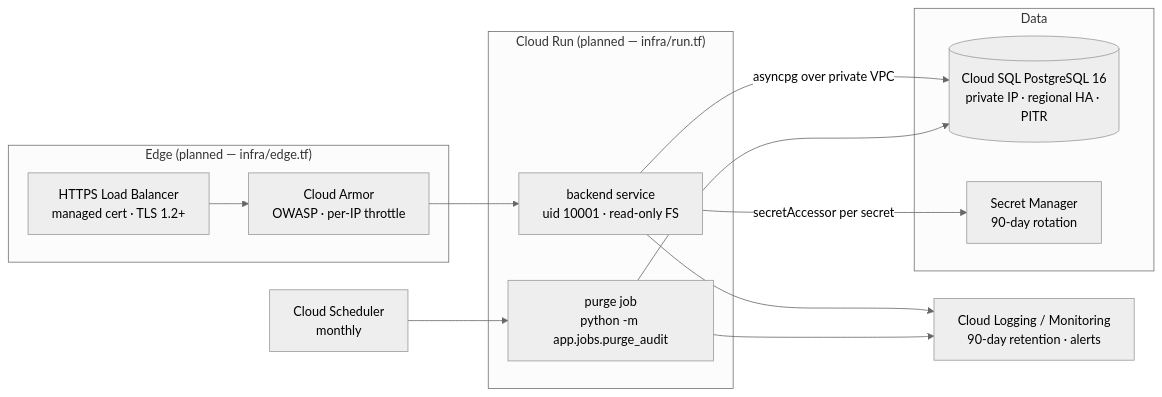
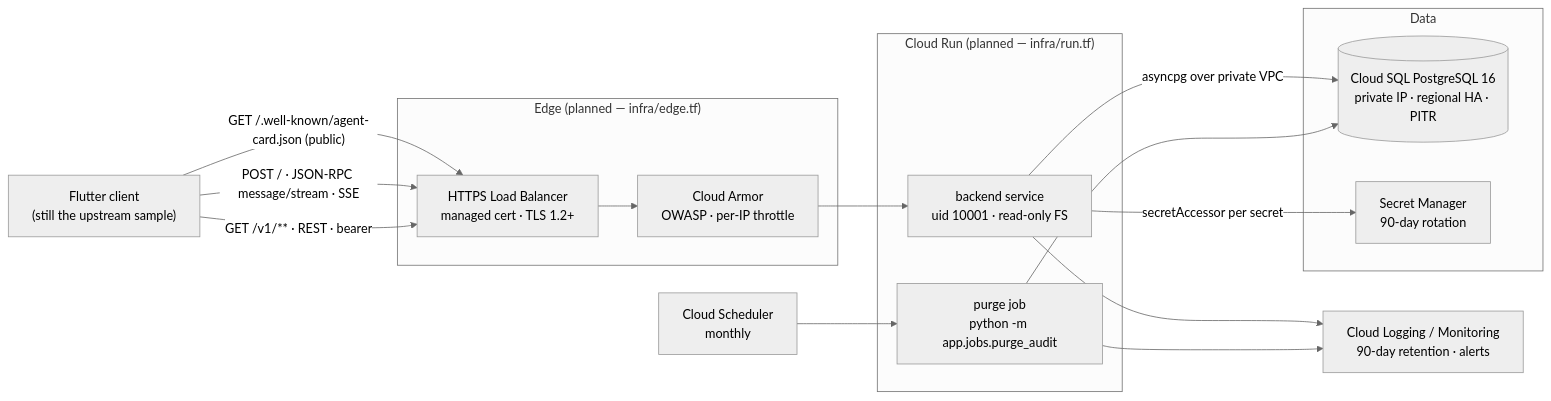
Before and after one commit to somnio-projects/finance-google-a2ui: the diagram in docs/diagrams/02-containers.md, drawn with Mermaid (neutral theme). The commit also changed 22 other files, not shown here.

````diff
--- a/docs/diagrams/02-containers.md
+++ b/docs/diagrams/02-containers.md
@@ -5,27 +5,36 @@
 ```mermaid
 flowchart LR
+    client["Flutter client<br/>(still the upstream sample)"]
     subgraph edge["Edge (planned — infra/edge.tf)"]
         lb["HTTPS Load Balancer<br/>managed cert · TLS 1.2+"]
         waf["Cloud Armor<br/>OWASP · per-IP throttle"]
     end
     subgraph run["Cloud Run (planned — infra/run.tf)"]
         svc["backend service<br/>uid 10001 · read-only FS"]
         job["purge job<br/>python -m app.jobs.purge_audit"]
     end
     subgraph data["Data"]
         sql[("Cloud SQL PostgreSQL 16<br/>private IP · regional HA · PITR")]
         sm["Secret Manager<br/>90-day rotation"]
     end
     obs["Cloud Logging / Monitoring<br/>90-day retention · alerts"]
     sched["Cloud Scheduler<br/>monthly"]
 
+    client -- "GET /.well-known/agent-card.json (public)" --> lb
+    client -- "POST / · JSON-RPC message/stream · SSE" --> lb
+    client -- "GET /v1/** · REST · bearer" --> lb
     lb --> waf --> svc
     svc -- "asyncpg over private VPC" --> sql
     svc -- "secretAccessor per secret" --> sm
     job --> sql
     sched --> job
     svc --> obs
     job --> obs
 
+    %% Two surfaces on one service (ADR-J): /v1/** is strictly RESTful and
+    %% answers RFC 9457 problem documents; the root is Google's A2A protocol,
+    %% JSON-RPC over SSE, and answers JSON-RPC error objects. The agent card is
+    %% the only public route besides the health probes — a client cannot hold a
+    %% token before it has read it.
     %% Today the same shape runs locally as docker compose: db + backend only.
 ```
````
